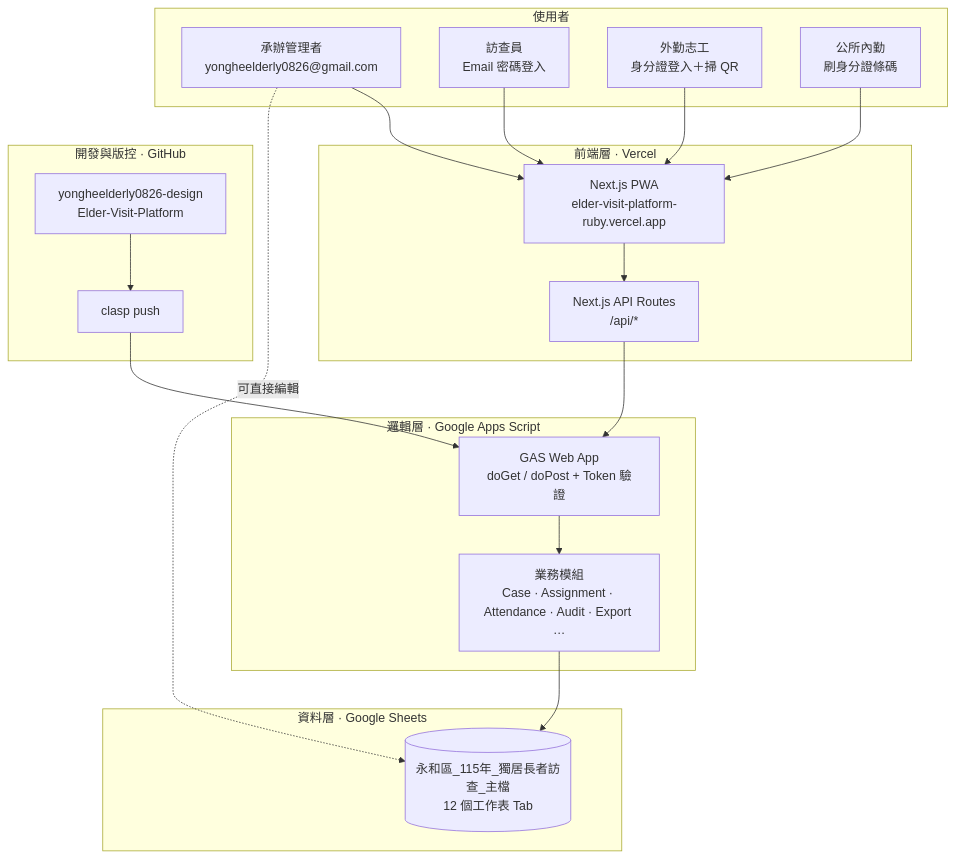
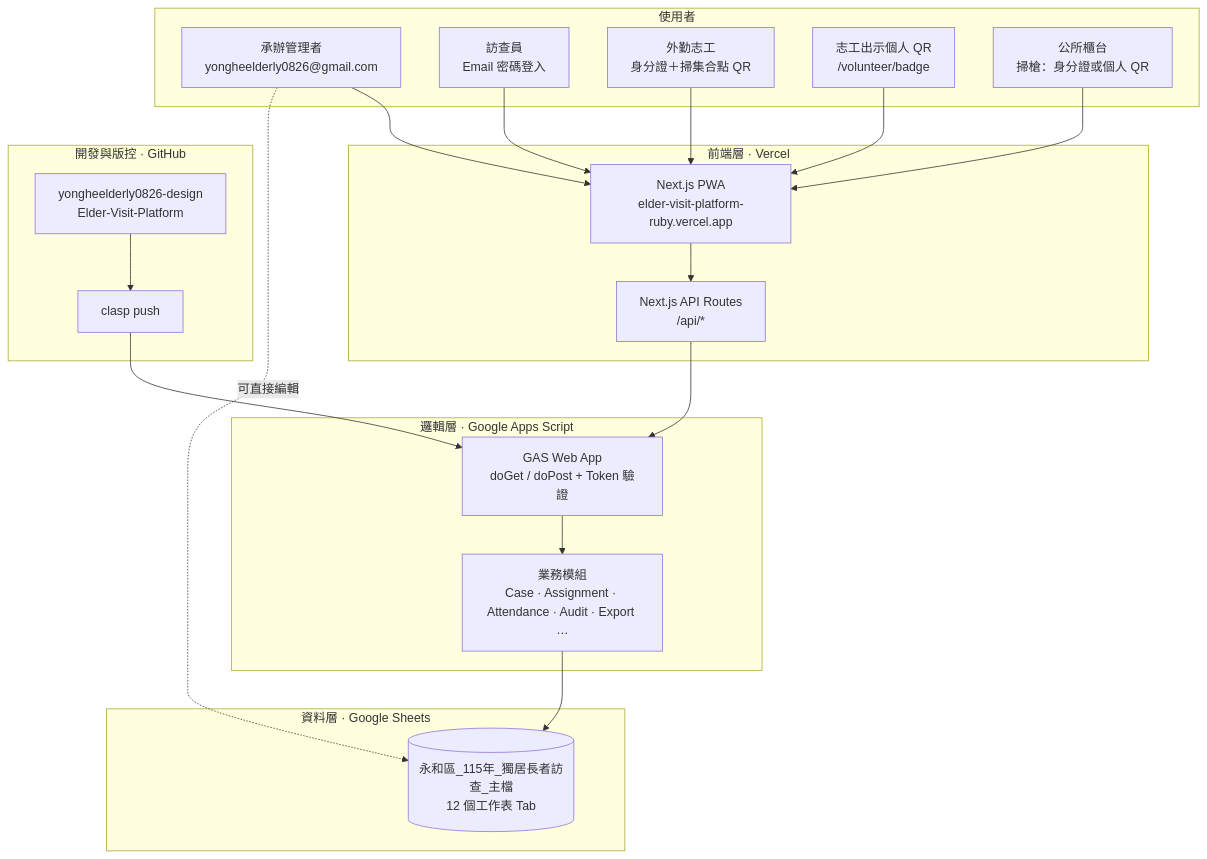
Before and after one commit to yongheelderly0826-design/Elder-Visit-Platform: the first of 13 diagrams in docs/system-architecture.md, drawn with Mermaid. The commit also changed other lines of this file and 4 other files, not shown here.

First line of the commit message:
Document dual attendance flows in architecture diagrams.

````diff
--- a/docs/system-architecture.md
+++ b/docs/system-architecture.md
@@ -14,39 +14,41 @@
 ```mermaid
 flowchart TB
   subgraph Users["使用者"]
     MGR["承辦管理者<br/>yongheelderly0826@gmail.com"]
     VIS["訪查員<br/>Email 密碼登入"]
-    VOL["外勤志工<br/>身分證登入＋掃 QR"]
-    KSK["公所內勤<br/>刷身分證條碼"]
+    VOL["外勤志工<br/>身分證＋掃集合點 QR"]
+    BADGE["志工出示個人 QR<br/>/volunteer/badge"]
+    KSK["公所櫃台<br/>掃槍：身分證或個人 QR"]
   end
 
   subgraph Frontend["前端層 · Vercel"]
     PWA["Next.js PWA<br/>elder-visit-platform-ruby.vercel.app"]
     API["Next.js API Routes<br/>/api/*"]
   end
 
   subgraph Backend["邏輯層 · Google Apps Script"]
     GAS["GAS Web App<br/>doGet / doPost + Token 驗證"]
     MOD["業務模組<br/>Case · Assignment · Attendance · Audit · Export …"]
   end
 
   subgraph Data["資料層 · Google Sheets"]
     SS[("永和區_115年_獨居長者訪查_主檔<br/>12 個工作表 Tab")]
   end
 
   subgraph DevOps["開發與版控 · GitHub"]
     GH["yongheelderly0826-design<br/>Elder-Visit-Platform"]
     CLASP["clasp push"]
   end
 
   MGR --> PWA
   VIS --> PWA
   VOL --> PWA
+  BADGE --> PWA
   KSK --> PWA
   PWA --> API
   API --> GAS
   GAS --> MOD
   MOD --> SS
   GH --> CLASP --> GAS
   MGR -.->|可直接編輯| SS
 ```
````
